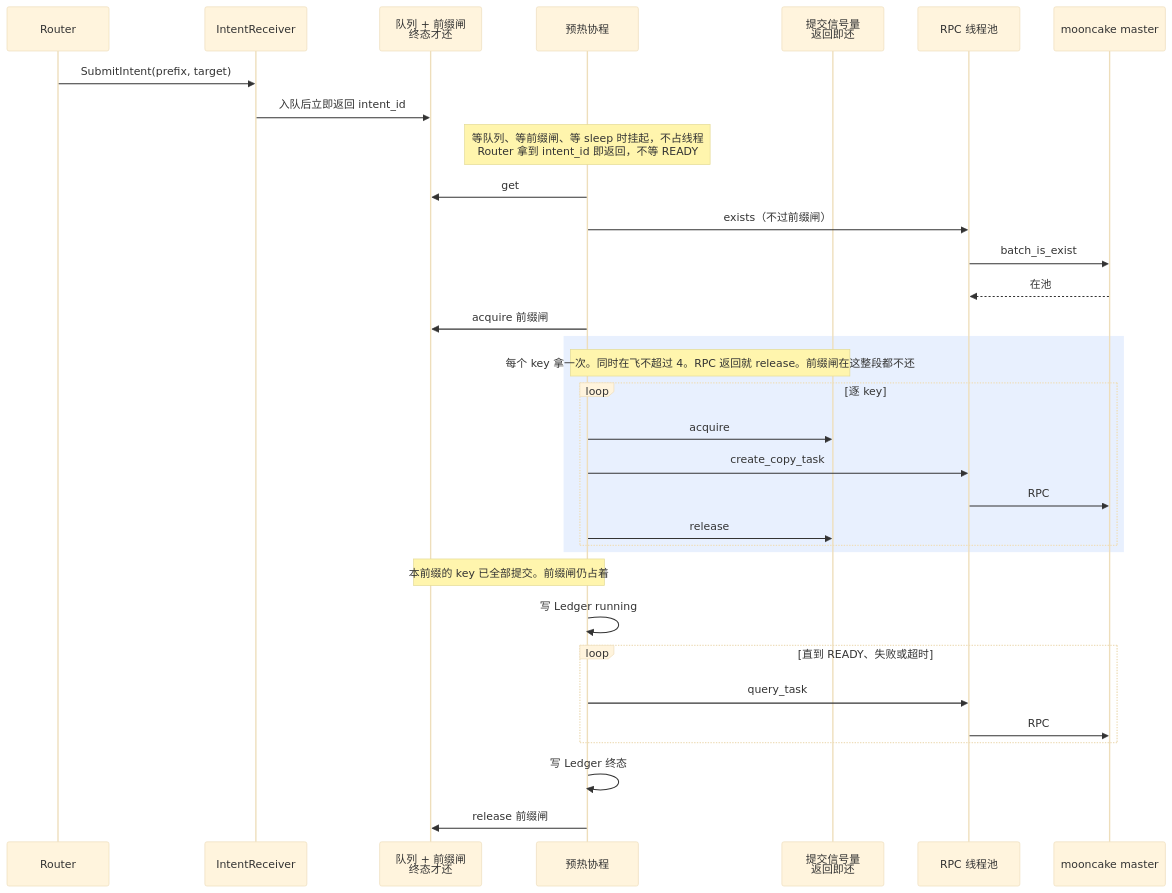
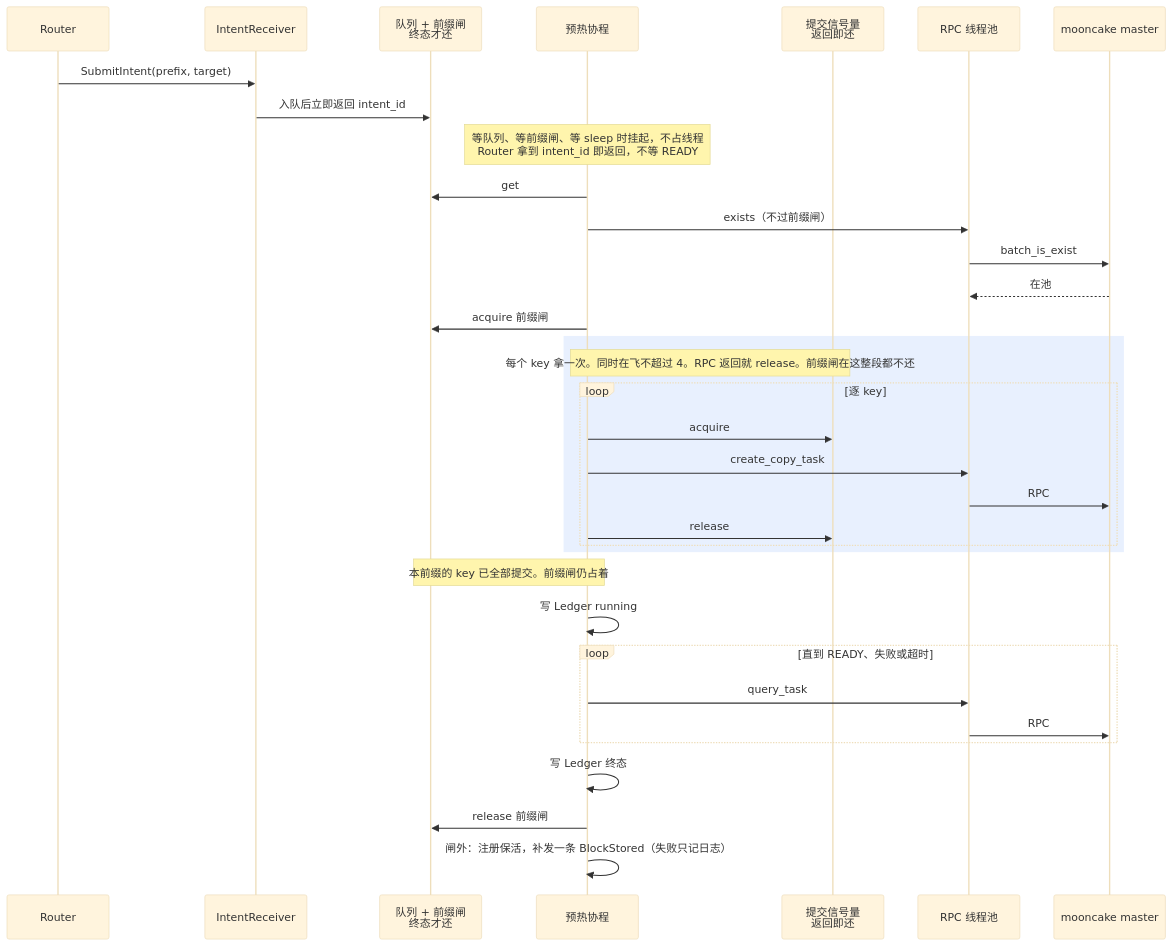
One commit to 5x8-40/lake changed the seventh of 7 diagrams in kvcm/design/code-architecture.md. Above: the diagram before and after it, drawn with Mermaid (base theme). The commit also changed other lines of this file and 19 other files, not shown here.

First line of the commit message:
feat(kvcm): READY 后按目标实例补发 BlockStored (#71)

````diff
--- a/kvcm/design/code-architecture.md
+++ b/kvcm/design/code-architecture.md
@@ -441,36 +442,37 @@
 ```mermaid
 sequenceDiagram
     participant R as Router
     participant Recv as IntentReceiver
     participant Q as 队列 + 前缀闸<br/>终态才还
     participant W as 预热协程
     participant S as 提交信号量<br/>返回即还
     participant Ex as RPC 线程池
     participant M as mooncake master
 
     R->>Recv: SubmitIntent(prefix, target)
     Recv->>Q: 入队后立即返回 intent_id
     Note over W: 等队列、等前缀闸、等 sleep 时挂起，不占线程<br/>Router 拿到 intent_id 即返回，不等 READY
     W->>Q: get
     W->>Ex: exists（不过前缀闸）
     Ex->>M: batch_is_exist
     M-->>Ex: 在池
     W->>Q: acquire 前缀闸
     rect rgb(232, 240, 254)
         Note over W,S: 每个 key 拿一次。同时在飞不超过 4。RPC 返回就 release。前缀闸在这整段都不还
         loop 逐 key
             W->>S: acquire
             W->>Ex: create_copy_task
             Ex->>M: RPC
             W->>S: release
         end
     end
     Note over W,Q: 本前缀的 key 已全部提交。前缀闸仍占着
     W->>W: 写 Ledger running
     loop 直到 READY、失败或超时
         W->>Ex: query_task
         Ex->>M: RPC
     end
     W->>W: 写 Ledger 终态
     W->>Q: release 前缀闸
+    W->>W: 闸外：注册保活，补发一条 BlockStored（失败只记日志）
 ```
````
